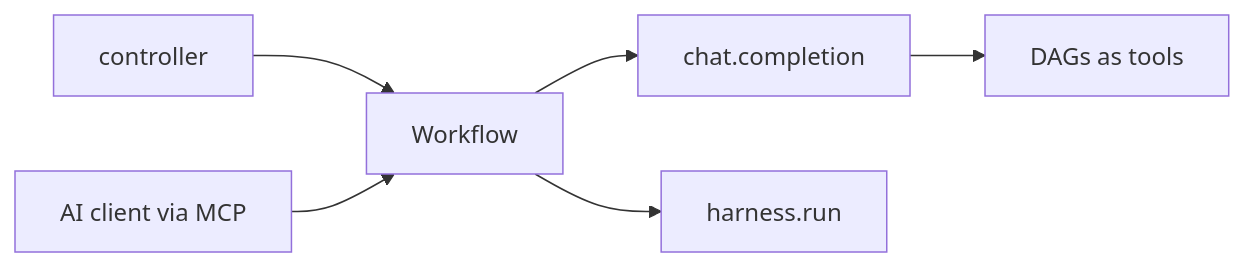
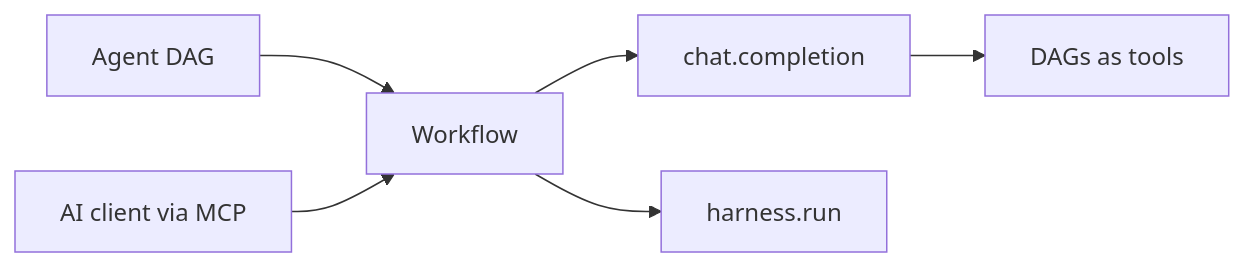
One commit to dagu-org/docs changed the diagram in step-types/llm/index.md. Above: the diagram before and after it, drawn with Mermaid. The commit also changed other lines of this file and 15 other files, not shown here.

Commit message:
docs: rename controller DAGs to agent DAGs

````diff
--- a/step-types/llm/index.md
+++ b/step-types/llm/index.md
@@ -7,8 +7,8 @@
 ```mermaid
 graph LR
     W[Workflow] --> C[chat.completion]
     W --> H[harness.run]
     C --> T[DAGs as tools]
-    K[controller] --> W
+    K[Agent DAG] --> W
     X[AI client via MCP] --> W
 ```
````
